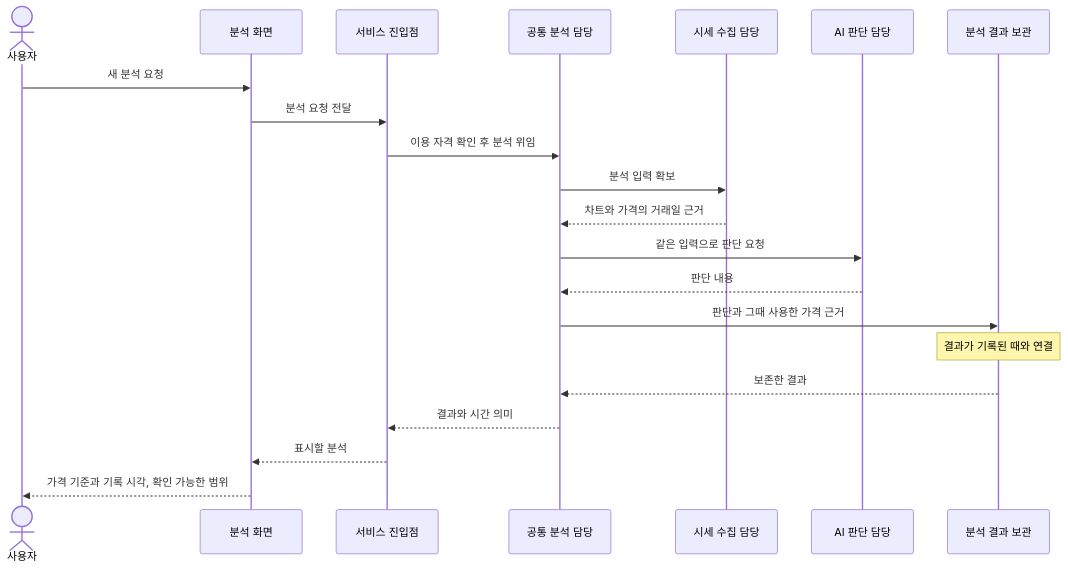
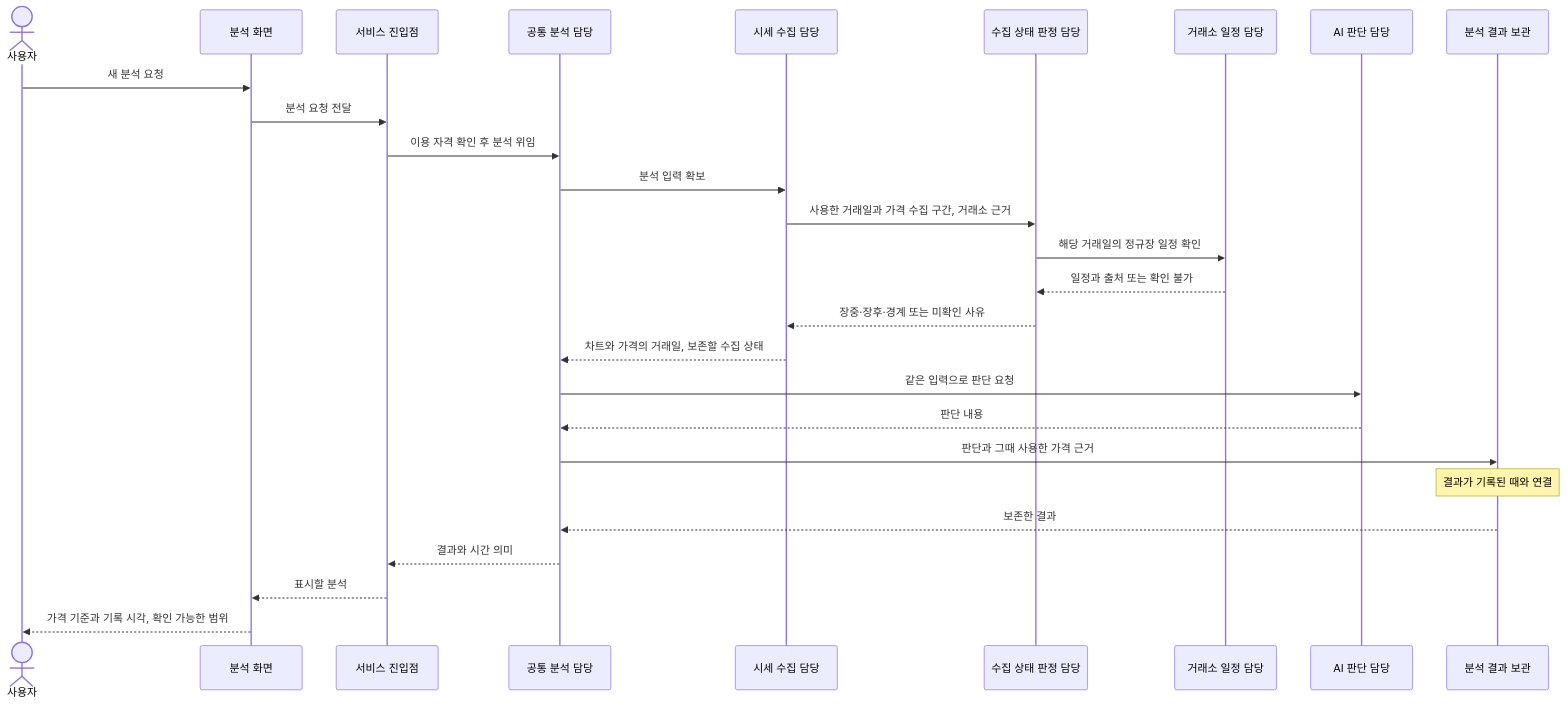
Before and after one commit to PhilPark-geosr/stock-agent: the third of 8 diagrams in design/analysis_time_basis_design.md, drawn with Mermaid. The commit also changed other lines of this file and 16 other files, not shown here.

````diff
--- a/design/analysis_time_basis_design.md
+++ b/design/analysis_time_basis_design.md
@@ -91,23 +127,29 @@
 ```mermaid
 sequenceDiagram
     actor U as 사용자
     participant V as 분석 화면
     participant E as 서비스 진입점
     participant A as 공통 분석 담당
     participant P as 시세 수집 담당
+    participant T as 수집 상태 판정 담당
+    participant C as 거래소 일정 담당
     participant M as AI 판단 담당
     participant R as 분석 결과 보관
     U->>V: 새 분석 요청
     V->>E: 분석 요청 전달
     E->>A: 이용 자격 확인 후 분석 위임
     A->>P: 분석 입력 확보
-    P-->>A: 차트와 가격의 거래일 근거
+    P->>T: 사용한 거래일과 가격 수집 구간, 거래소 근거
+    T->>C: 해당 거래일의 정규장 일정 확인
+    C-->>T: 일정과 출처 또는 확인 불가
+    T-->>P: 장중·장후·경계 또는 미확인 사유
+    P-->>A: 차트와 가격의 거래일, 보존할 수집 상태
     A->>M: 같은 입력으로 판단 요청
     M-->>A: 판단 내용
     A->>R: 판단과 그때 사용한 가격 근거
     Note over R: 결과가 기록된 때와 연결
     R-->>A: 보존한 결과
     A-->>E: 결과와 시간 의미
     E-->>V: 표시할 분석
     V-->>U: 가격 기준과 기록 시각, 확인 가능한 범위
 ```
````
